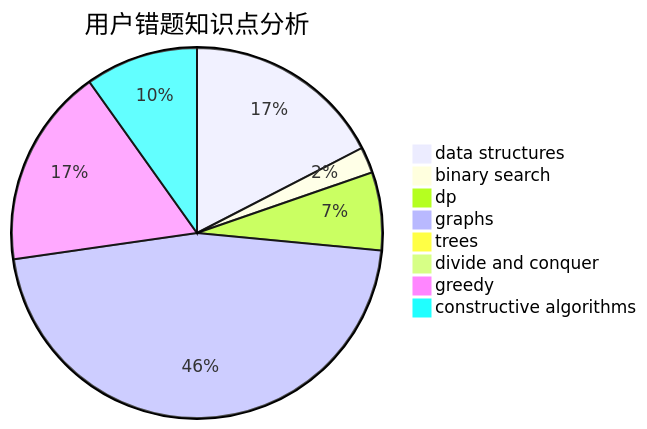
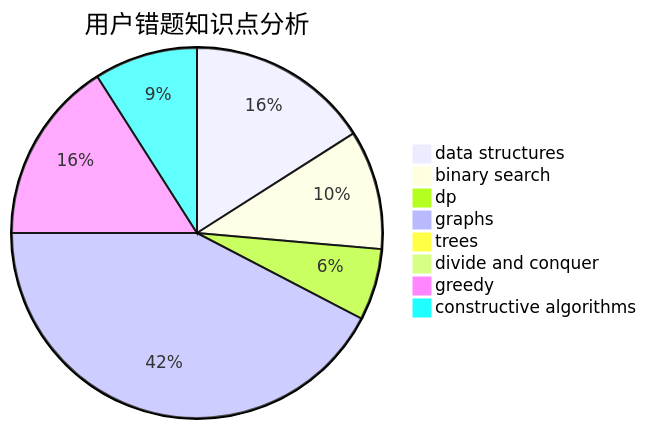
One commit to sherpahu/cfrs.github.io changed the third of 3 diagrams in docs/user/u1922.md. Above: the diagram before and after it, drawn with Mermaid. The commit also changed other lines of this file and 2770 other files, not shown here.

````diff
--- a/docs/user/u1922.md
+++ b/docs/user/u1922.md
@@ -36,11 +36,11 @@
 ```mermaid
 pie title 用户错题知识点分析
     "data structures" :  23
-    "binary search" :  3
+    "binary search" :  15
     "dp" :  9
     "graphs" :  61
     "trees" :  0
     "divide and conquer" :  0
     "greedy" :  23
     "constructive algorithms" :  13
 ```
````
